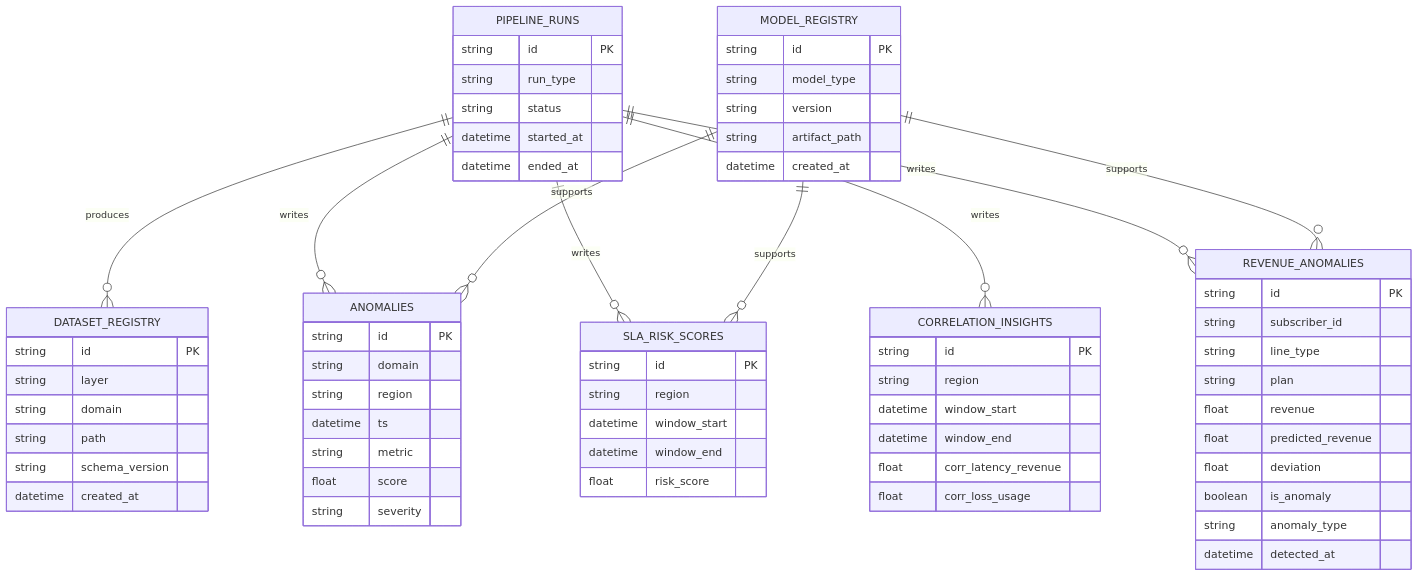
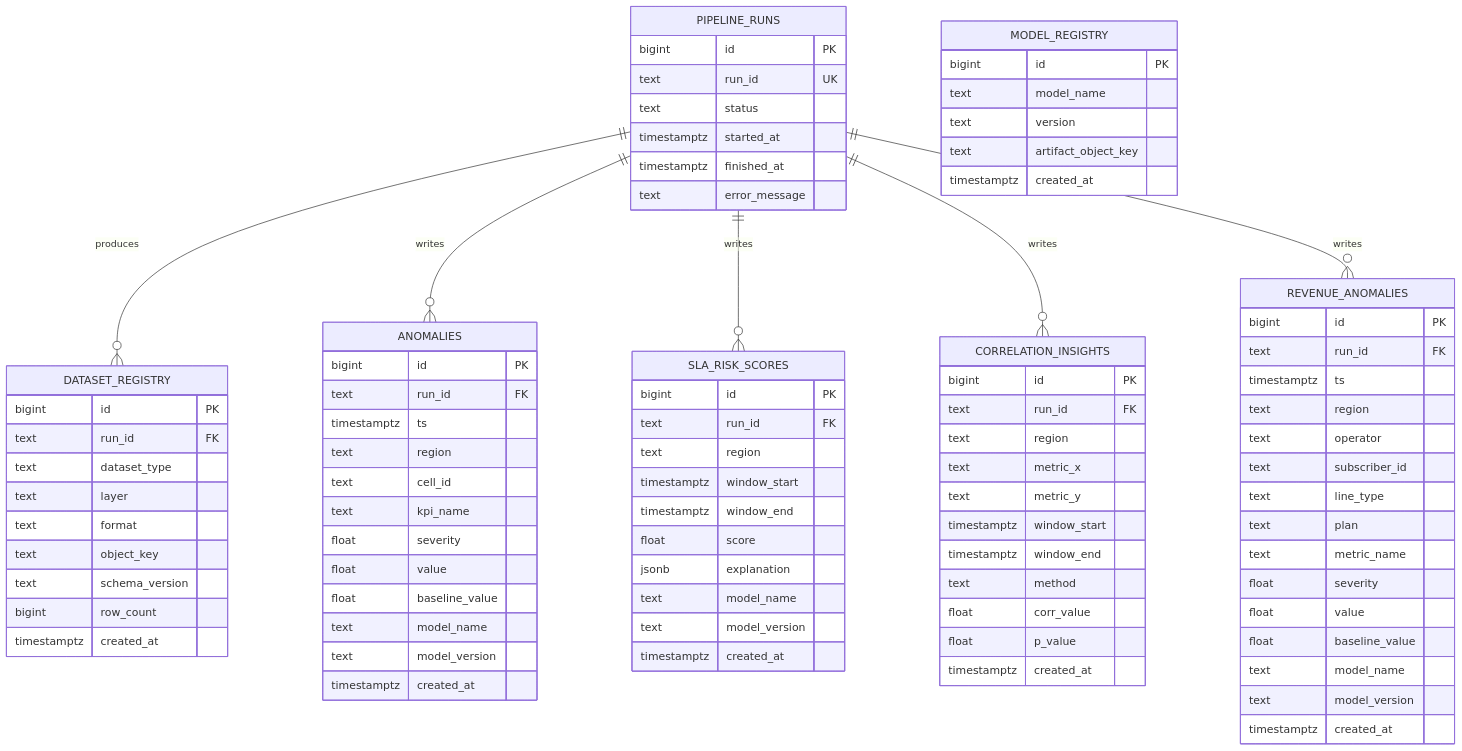
The diagram in docs/data-model/postgres-schema.md (souhayl1g/telecom-cloud-intelligence), drawn with Mermaid before and after one commit. The commit also changed 261 other files, not shown here.

````diff
--- a/docs/data-model/postgres-schema.md
+++ b/docs/data-model/postgres-schema.md
@@ -1,68 +1,92 @@
 ```mermaid
 erDiagram
-  DATASET_REGISTRY {
-    string id PK
-    string layer
-    string domain
-    string path
-    string schema_version
-    datetime created_at
+  PIPELINE_RUNS {
+    bigint id PK
+    text run_id UK
+    text status
+    timestamptz started_at
+    timestamptz finished_at
+    text error_message
   }
 
-  PIPELINE_RUNS {
-    string id PK
-    string run_type
-    string status
-    datetime started_at
-    datetime ended_at
+  DATASET_REGISTRY {
+    bigint id PK
+    text run_id FK
+    text dataset_type
+    text layer
+    text format
+    text object_key
+    text schema_version
+    bigint row_count
+    timestamptz created_at
+  }
+
+  MODEL_REGISTRY {
+    bigint id PK
+    text model_name
+    text version
+    text artifact_object_key
+    timestamptz created_at
   }
 
   ANOMALIES {
-    string id PK
-    string domain
-    string region
-    datetime ts
-    string metric
-    float score
-    string severity
+    bigint id PK
+    text run_id FK
+    timestamptz ts
+    text region
+    text cell_id
+    text kpi_name
+    float severity
+    float value
+    float baseline_value
+    text model_name
+    text model_version
+    timestamptz created_at
   }
 
   SLA_RISK_SCORES {
-    string id PK
-    string region
-    datetime window_start
-    datetime window_end
-    float risk_score
+    bigint id PK
+    text run_id FK
+    text region
+    timestamptz window_start
+    timestamptz window_end
+    float score
+    jsonb explanation
+    text model_name
+    text model_version
+    timestamptz created_at
   }
 
   CORRELATION_INSIGHTS {
-    string id PK
-    string region
-    datetime window_start
-    datetime window_end
-    float corr_latency_revenue
-    float corr_loss_usage
+    bigint id PK
+    text run_id FK
+    text region
+    text metric_x
+    text metric_y
+    timestamptz window_start
+    timestamptz window_end
+    text method
+    float corr_value
+    float p_value
+    timestamptz created_at
   }
 
   REVENUE_ANOMALIES {
-    string id PK
-    string subscriber_id
-    string line_type
-    string plan
-    float revenue
-    float predicted_revenue
-    float deviation
-    boolean is_anomaly
-    string anomaly_type
-    datetime detected_at
-  }
-
-  MODEL_REGISTRY {
-    string id PK
-    string model_type
-    string version
-    string artifact_path
-    datetime created_at
+    bigint id PK
+    text run_id FK
+    timestamptz ts
+    text region
+    text operator
+    text subscriber_id
+    text line_type
+    text plan
+    text metric_name
+    float severity
+    float value
+    float baseline_value
+    text model_name
+    text model_version
+    timestamptz created_at
   }
 
   PIPELINE_RUNS ||--o{ DATASET_REGISTRY : produces
@@ -70,7 +94,4 @@
   PIPELINE_RUNS ||--o{ SLA_RISK_SCORES : writes
   PIPELINE_RUNS ||--o{ CORRELATION_INSIGHTS : writes
   PIPELINE_RUNS ||--o{ REVENUE_ANOMALIES : writes
-  MODEL_REGISTRY ||--o{ ANOMALIES : supports
-  MODEL_REGISTRY ||--o{ SLA_RISK_SCORES : supports
-  MODEL_REGISTRY ||--o{ REVENUE_ANOMALIES : supports
 ```
````
